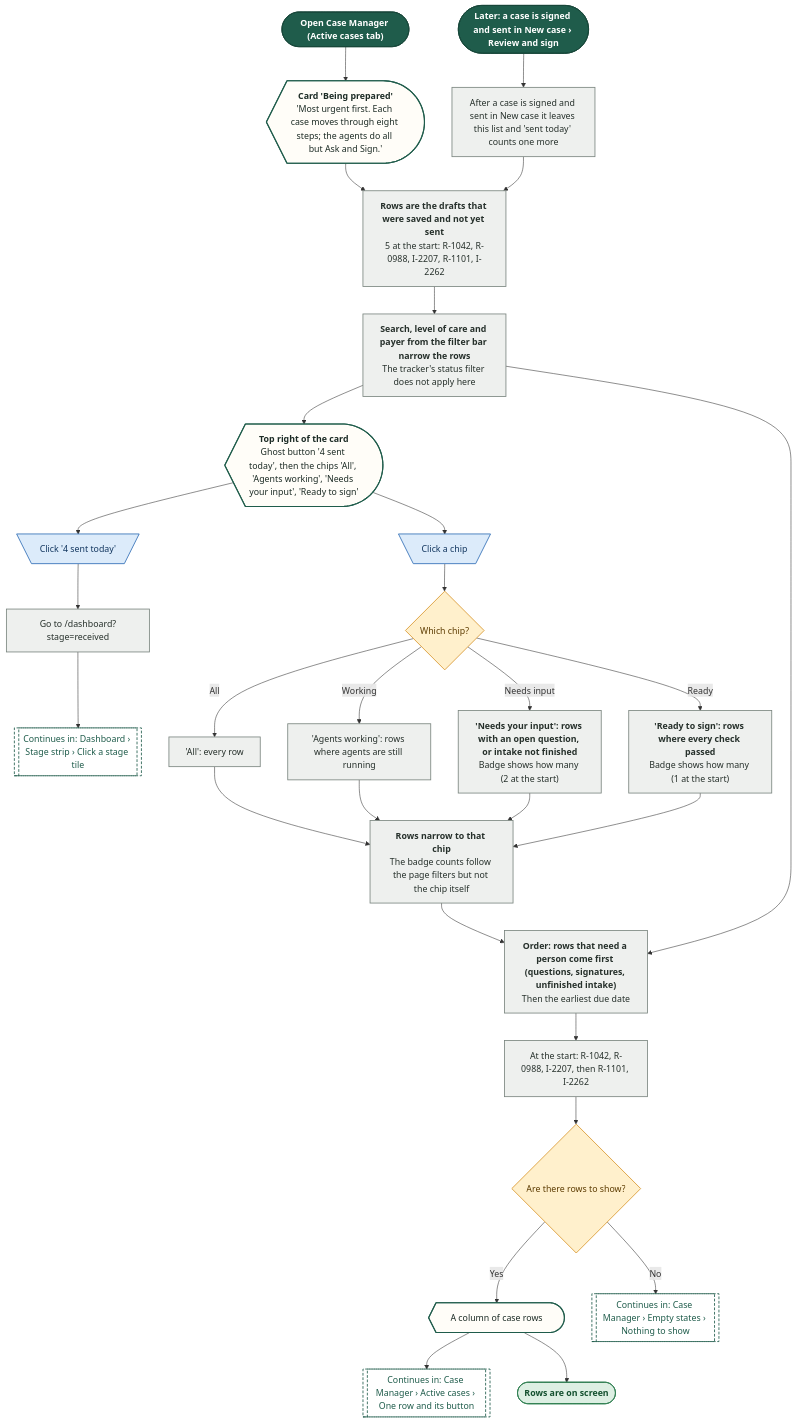
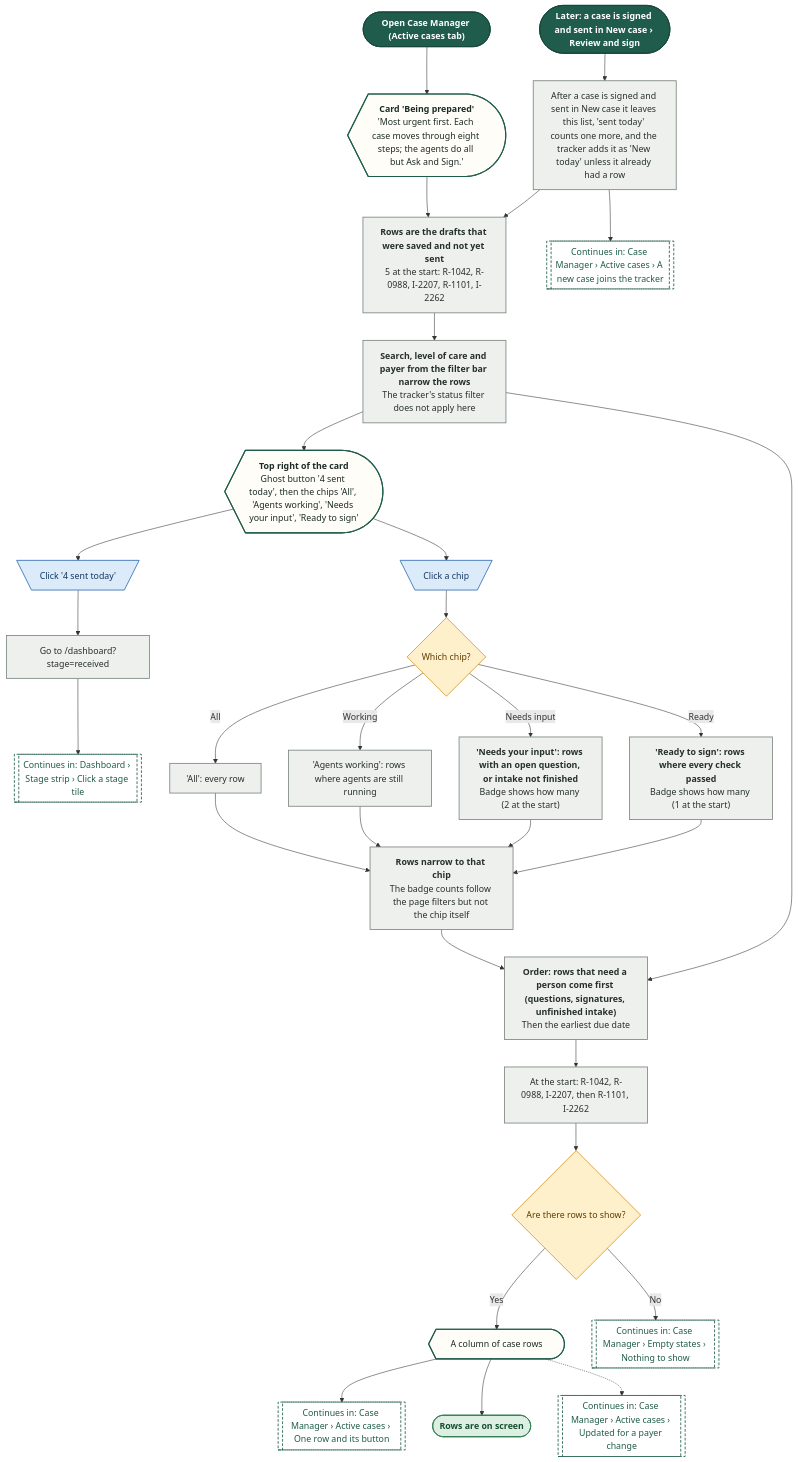
One commit to Shrav143/psyfloapp changed the third of 21 diagrams in demos/prior-auth-demo/workflows/out/md/07-case-manager.md. Above: the diagram before and after it, drawn with Mermaid. The commit also changed other lines of this file and 195 other files, not shown here.

First line of the commit message:
docs: Rebuild workflow diagrams after the demo fixes (220 diagrams)

````diff
--- a/demos/prior-auth-demo/workflows/out/md/07-case-manager.md
+++ b/demos/prior-auth-demo/workflows/out/md/07-case-manager.md
@@ -174,65 +178,69 @@
 ```mermaid
 %%{init: {"theme":"base","themeVariables":{"fontFamily":"'DM Sans', 'Segoe UI', system-ui, sans-serif","fontSize":"15px","lineColor":"#5B6B63","primaryTextColor":"#1C2B25","clusterBkg":"#FBF8F3","clusterBorder":"#D9CDBB","edgeLabelBackground":"#FFFFFF"},"flowchart":{"curve":"basis","nodeSpacing":36,"rankSpacing":48,"padding":12,"htmlLabels":true,"useMaxWidth":false,"wrappingWidth":230}} }%%
 flowchart TD
   classDef k_start fill:#1F5C4B,stroke:#174638,color:#FFFFFF,stroke-width:1.5px,font-weight:600
   classDef k_end fill:#DDEFE3,stroke:#2E7D4F,color:#14502F,stroke-width:1.5px,font-weight:600
   classDef k_endx fill:#FBE3E0,stroke:#C0392B,color:#7A1F16,stroke-width:1.5px,font-weight:600
   classDef k_screen fill:#FFFDF8,stroke:#1F5C4B,color:#1C2B25,stroke-width:2px
   classDef k_overlay fill:#F1F7F3,stroke:#1F5C4B,color:#1C2B25,stroke-width:2px,stroke-dasharray:5 3
   classDef k_click fill:#DCEBFA,stroke:#2F6DB5,color:#12365F,stroke-width:1.5px
   classDef k_input fill:#E4E7FF,stroke:#4C5FD5,color:#1D2670,stroke-width:1.5px
   classDef k_process fill:#EEF0EE,stroke:#7A857F,color:#26302B,stroke-width:1.5px
   classDef k_agent fill:#EEE5FA,stroke:#7A4FC2,color:#341A63,stroke-width:1.5px
   classDef k_decision fill:#FFF0CC,stroke:#D9962B,color:#5C3B00,stroke-width:1.5px
   classDef k_store fill:#D5F0EA,stroke:#1C8E7B,color:#0B4A3F,stroke-width:1.5px
   classDef k_doc fill:#F6E9DC,stroke:#B07A4C,color:#4A2E14,stroke-width:1.5px
   classDef k_ext fill:#FFE6D2,stroke:#E07B39,color:#6B2F06,stroke-width:1.5px
   classDef k_wait fill:#E4E8EE,stroke:#6B7C93,color:#26303D,stroke-width:1.5px
   classDef k_toast fill:#FFF9DB,stroke:#C9A400,color:#5A4A00,stroke-width:1.5px
   classDef k_goto fill:#FFFFFF,stroke:#1F5C4B,color:#1F5C4B,stroke-width:1.5px,stroke-dasharray:5 3
   s1@{ shape: stadium, label: "Open Case Manager (Active cases tab)" }
   sc@{ shape: curv-trap, label: "<b>Card 'Being prepared'</b><br/>'Most urgent first. Each case moves through eight steps; the agents do all but Ask and Sign.'" }
   p1@{ shape: rect, label: "<b>Rows are the drafts that were saved and not yet sent</b><br/>5 at the start: R-1042, R-0988, I-2207, R-1101, I-2262" }
   p2@{ shape: rect, label: "<b>Search, level of care and payer from the filter bar narrow the rows</b><br/>The tracker's status filter does not apply here" }
   sh@{ shape: curv-trap, label: "<b>Top right of the card</b><br/>Ghost button '4 sent today', then the chips 'All', 'Agents working', 'Needs your input', 'Ready to sign'" }
   c1@{ shape: trap-t, label: "Click '4 sent today'" }
   p3@{ shape: rect, label: "Go to /dashboard?stage=received" }
   g1@{ shape: subproc, label: "Continues in: Dashboard › Stage strip › Click a stage tile" }
   c2@{ shape: trap-t, label: "Click a chip" }
   d1@{ shape: diam, label: "Which chip?" }
   k1@{ shape: rect, label: "'All': every row" }
   k2@{ shape: rect, label: "'Agents working': rows where agents are still running" }
   k3@{ shape: rect, label: "<b>'Needs your input': rows with an open question, or intake not finished</b><br/>Badge shows how many (2 at the start)" }
   k4@{ shape: rect, label: "<b>'Ready to sign': rows where every check passed</b><br/>Badge shows how many (1 at the start)" }
   p4@{ shape: rect, label: "<b>Rows narrow to that chip</b><br/>The badge counts follow the page filters but not the chip itself" }
   o1@{ shape: rect, label: "<b>Order: rows that need a person come first (questions, signatures, unfinished intake)</b><br/>Then the earliest due date" }
   o2@{ shape: rect, label: "At the start: R-1042, R-0988, I-2207, then R-1101, I-2262" }
   d2@{ shape: diam, label: "Are there rows to show?" }
   r1@{ shape: curv-trap, label: "A column of case rows" }
   g2@{ shape: subproc, label: "Continues in: Case Manager › Active cases › One row and its button" }
   g3@{ shape: subproc, label: "Continues in: Case Manager › Empty states › Nothing to show" }
+  g4@{ shape: subproc, label: "Continues in: Case Manager › Active cases › A new case joins the tracker" }
+  g5@{ shape: subproc, label: "Continues in: Case Manager › Active cases › Updated for a payer change" }
   e1@{ shape: stadium, label: "Rows are on screen" }
-  p5@{ shape: rect, label: "After a case is signed and sent in New case it leaves this list and 'sent today' counts one more" }
+  p5@{ shape: rect, label: "After a case is signed and sent in New case it leaves this list, 'sent today' counts one more, and the tracker adds it as 'New today' unless it already had a row" }
   s2@{ shape: stadium, label: "Later: a case is signed and sent in New case › Review and sign" }
   s1 --> sc --> p1 --> p2 --> sh
   sh --> c1 --> p3 --> g1
   sh --> c2 --> d1
   d1 -->|"All"| k1 --> p4
   d1 -->|"Working"| k2 --> p4
   d1 -->|"Needs input"| k3 --> p4
   d1 -->|"Ready"| k4 --> p4
   p4 --> o1
   p2 --> o1
   o1 --> o2 --> d2
   d2 -->|"Yes"| r1 --> g2
   d2 -->|"No"| g3
   r1 --> e1
   s2 --> p5 --> p1
+  p5 --> g4
+  r1 -.-> g5
   class s1,s2 k_start
   class sc,sh,r1 k_screen
   class p1,p2,p3,k1,k2,k3,k4,p4,o1,o2,p5 k_process
   class c1,c2 k_click
-  class g1,g2,g3 k_goto
+  class g1,g2,g3,g4,g5 k_goto
   class d1,d2 k_decision
   class e1 k_end
 ```
````
